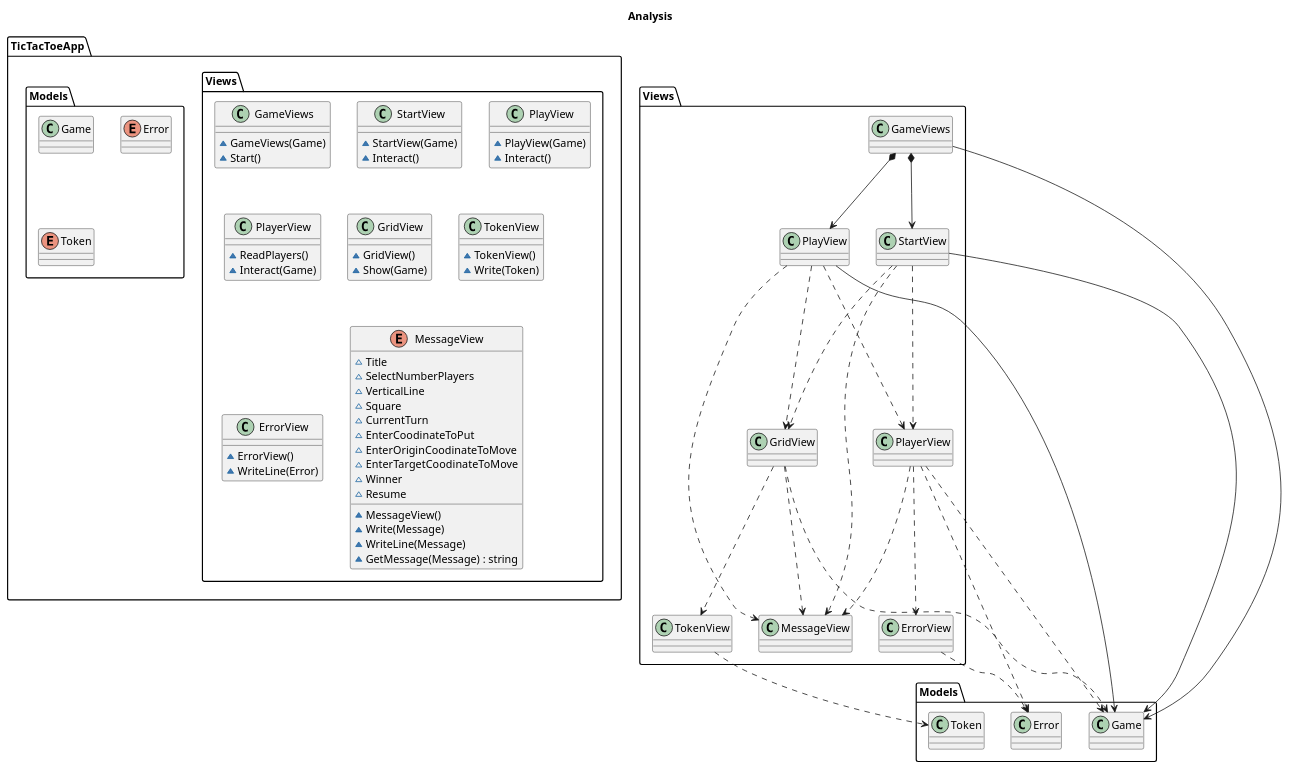
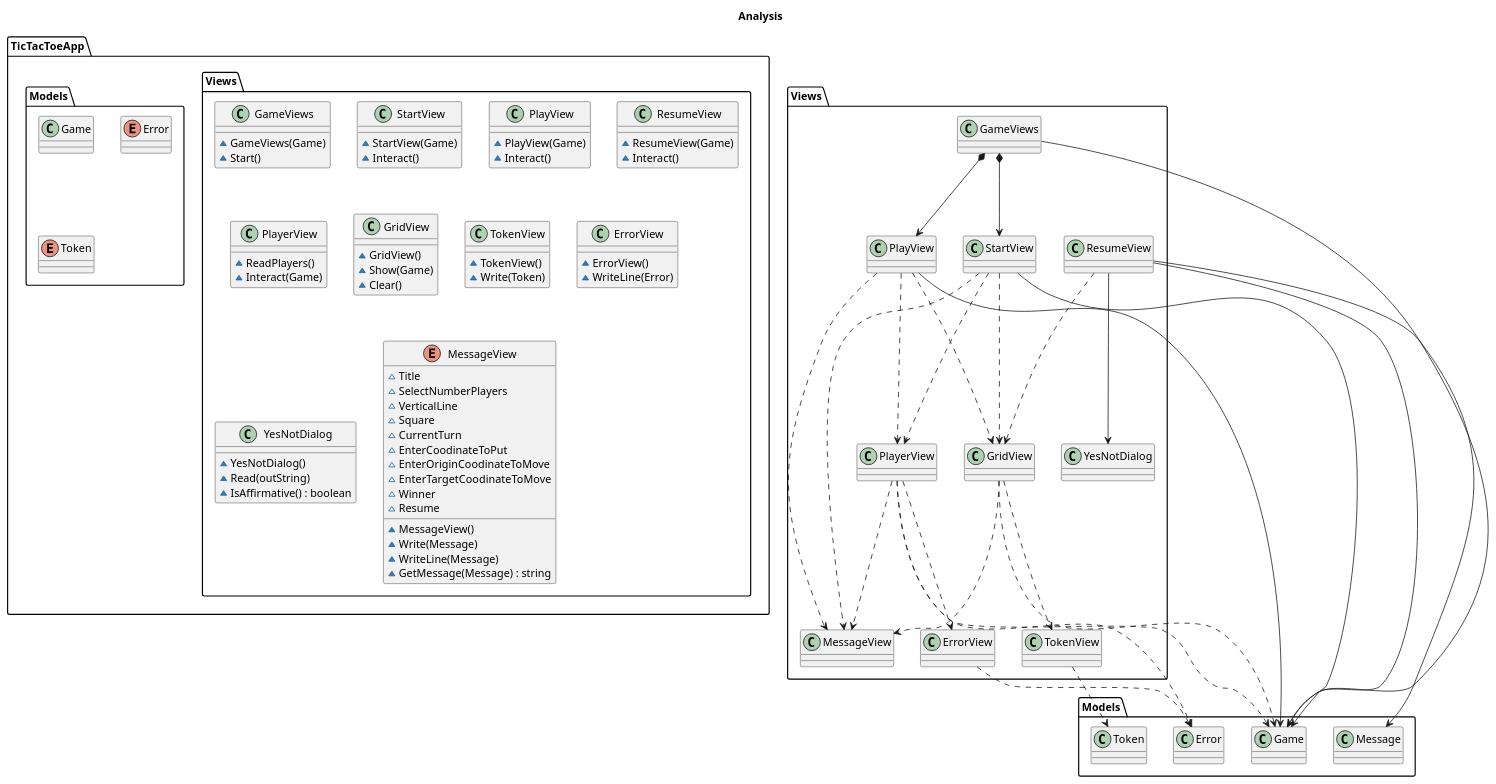
One commit to franpaulinoinfante/TicTacToe changed the eighth of 10 diagrams in src/DocumentView/Basic/Docs/Analysis.plantuml. Above: the diagram before and after it, drawn with PlantUML. The commit also changed other lines of this file and 17 other files, not shown here.

```diff
--- a/src/DocumentView/Basic/Docs/Analysis.plantuml
+++ b/src/DocumentView/Basic/Docs/Analysis.plantuml
@@ -410,92 +444,109 @@
 @startuml Analysis Views
     title Analysis 
 
     package TicTacToeApp{
         namespace Views{
             class GameViews{
                 ~GameViews(Game)
                 ~Start()
             }
 
             class StartView{
                 ~StartView(Game)
                 ~Interact()
             }
 
             class PlayView{
                 ~PlayView(Game)
                 ~Interact()
             }
 
+            class ResumeView{
+                ~ResumeView(Game)
+                ~Interact()
+            }
+
             class PlayerView{
                 ~ReadPlayers()
                 ~Interact(Game)
             }
 
             class GridView{
                 ~GridView()
                 ~Show(Game)
+                ~Clear()
             }
 
             class TokenView{
                 ~TokenView()
                 ~Write(Token)
             }
 
             class ErrorView{
                 ~ErrorView()
                 ~WriteLine(Error)
+            }
+
+            class YesNotDialog{
+                ~YesNotDialog()
+                ~Read(outString)
+                ~IsAffirmative() : boolean
             }
 
             enum MessageView{
                 ~Title
                 ~SelectNumberPlayers
                 ~VerticalLine
                 ~Square
                 ~CurrentTurn
                 ~EnterCoodinateToPut
                 ~EnterOriginCoodinateToMove
                 ~EnterTargetCoodinateToMove
                 ~Winner
                 ~Resume
                 ~MessageView()
                 ~Write(Message)
                 ~WriteLine(Message)
                 ~GetMessage(Message) : string
             }
         }    
 
         namespace Models{
             class Game{}
             enum Error{}
             enum Token{}
         }
     }
 
     Views.GameViews --> Models.Game
     Views.GameViews *--> Views.StartView    
     Views.GameViews *--> Views.PlayView    
 
     Views.StartView --> Models.Game
     Views.StartView ..> Views.MessageView
     Views.StartView ..> Views.PlayerView
     Views.StartView ..> Views.GridView
     
     Views.PlayView --> Models.Game
     Views.PlayView ..> Views.MessageView
     Views.PlayView ..> Views.PlayerView
     Views.PlayView ..> Views.GridView
+    
+    Views.ResumeView --> Models.Game
+    Views.ResumeView --> Models.Message
+    Views.ResumeView --> Views.YesNotDialog
+    Views.ResumeView ..> Views.GridView
 
     Views.PlayerView ..> Views.MessageView
     Views.PlayerView ..> Models.Error
     Views.PlayerView ..> Views.ErrorView
     Views.PlayerView ..> Models.Game
 
     Views.GridView ..> Models.Game
     Views.GridView ..> Views.MessageView
     Views.GridView ..> Views.TokenView
 
     Views.ErrorView ..> Models.Error
 
     Views.TokenView ..> Models.Token
 @enduml
```
